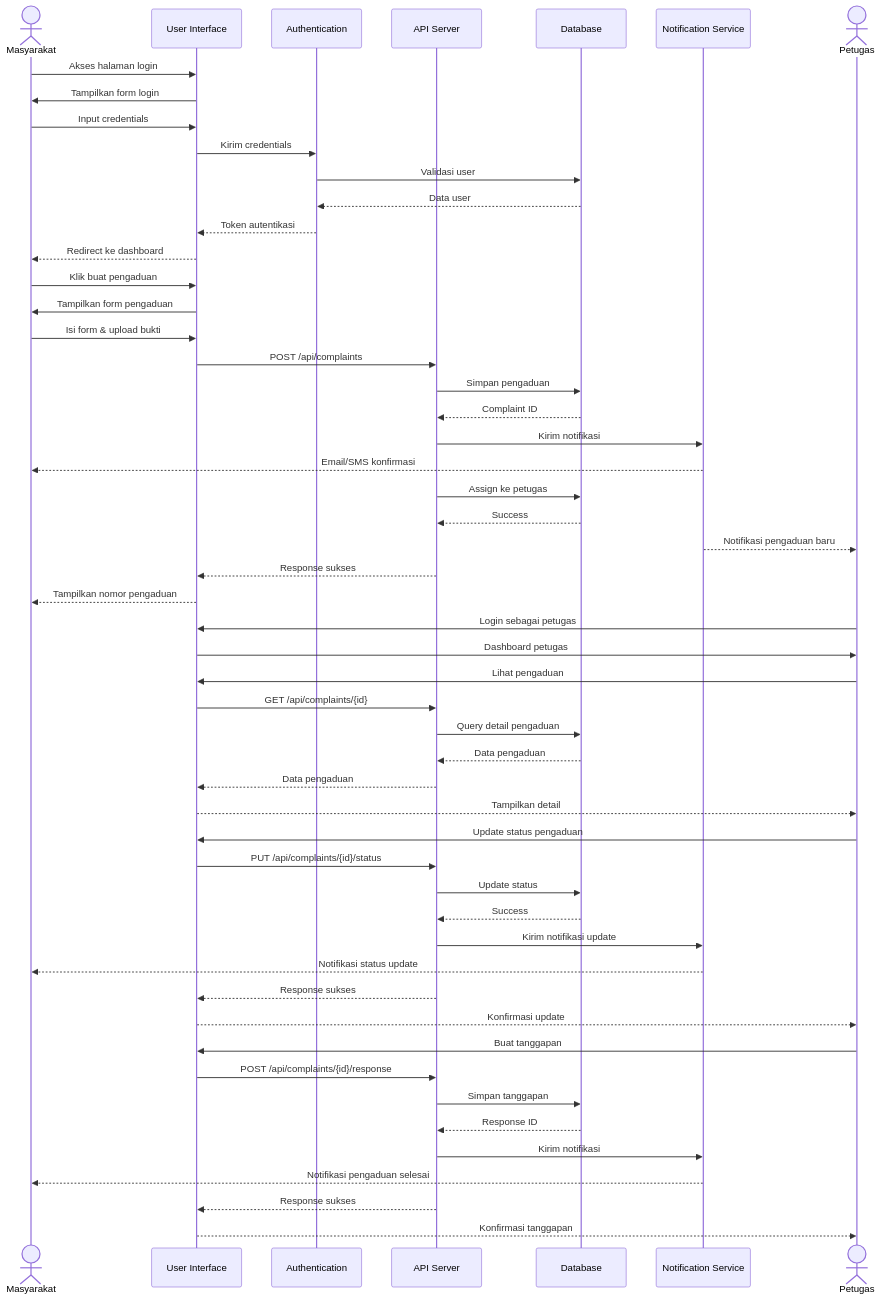
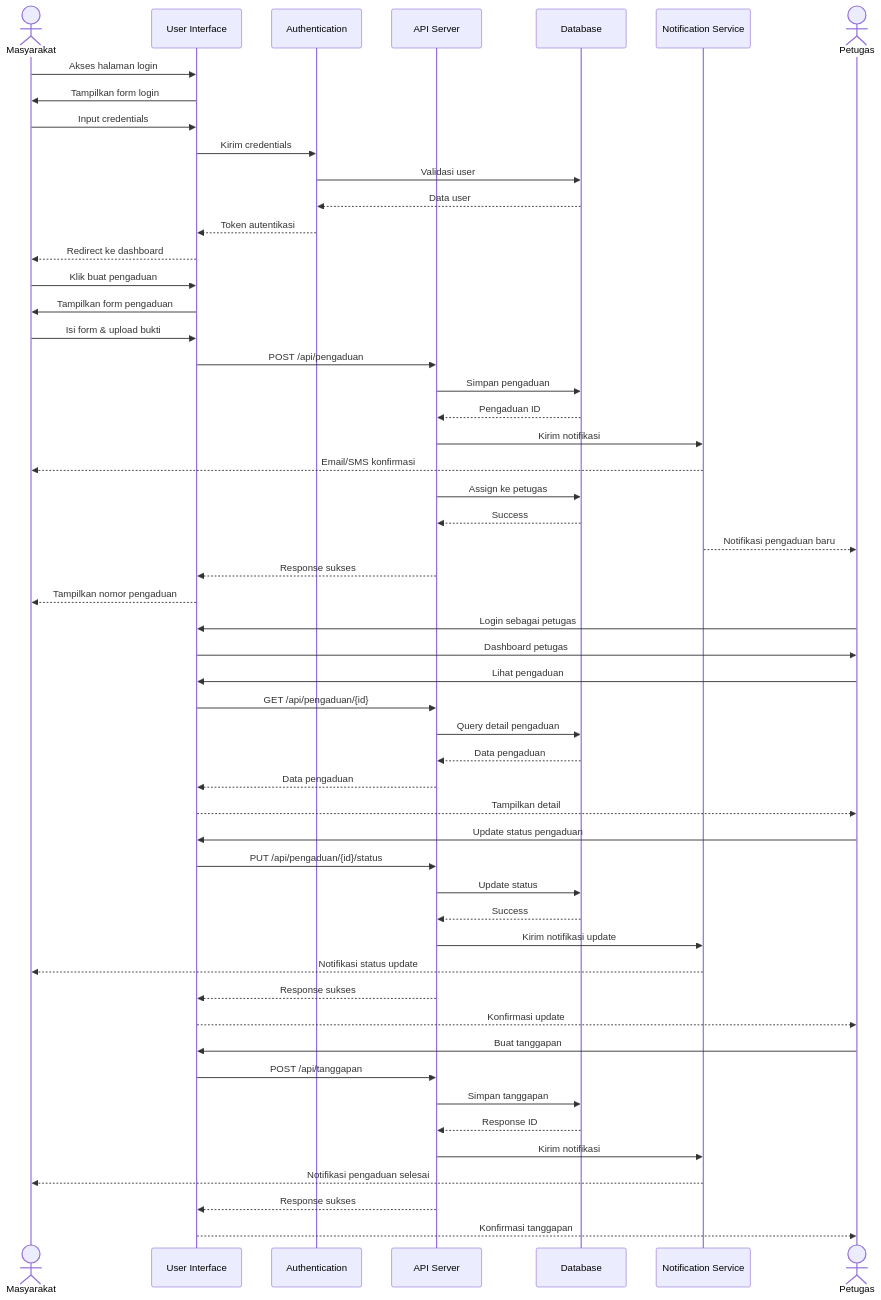
Before and after one commit to irfan-ghzl/CRM: the fifth of 6 diagrams in DIAGRAMS.md, drawn with Mermaid. The commit also changed 1 other file, not shown here.

Commit message:
fix: Perbaiki API endpoint pada jurnal dan dokumentasi diagram

````diff
--- a/DIAGRAMS.md
+++ b/DIAGRAMS.md
@@ -283,60 +283,60 @@
 ```mermaid
 sequenceDiagram
     actor M as Masyarakat
     participant UI as User Interface
     participant Auth as Authentication
     participant API as API Server
     participant DB as Database
     participant Notif as Notification Service
     actor P as Petugas
     
     M->>UI: Akses halaman login
     UI->>M: Tampilkan form login
     M->>UI: Input credentials
     UI->>Auth: Kirim credentials
     Auth->>DB: Validasi user
     DB-->>Auth: Data user
     Auth-->>UI: Token autentikasi
     UI-->>M: Redirect ke dashboard
     
     M->>UI: Klik buat pengaduan
     UI->>M: Tampilkan form pengaduan
     M->>UI: Isi form & upload bukti
-    UI->>API: POST /api/complaints
+    UI->>API: POST /api/pengaduan
     API->>DB: Simpan pengaduan
-    DB-->>API: Complaint ID
+    DB-->>API: Pengaduan ID
     API->>Notif: Kirim notifikasi
     Notif-->>M: Email/SMS konfirmasi
     API->>DB: Assign ke petugas
     DB-->>API: Success
     Notif-->>P: Notifikasi pengaduan baru
     API-->>UI: Response sukses
     UI-->>M: Tampilkan nomor pengaduan
     
     P->>UI: Login sebagai petugas
     UI->>P: Dashboard petugas
     P->>UI: Lihat pengaduan
-    UI->>API: GET /api/complaints/{id}
+    UI->>API: GET /api/pengaduan/{id}
     API->>DB: Query detail pengaduan
     DB-->>API: Data pengaduan
     API-->>UI: Data pengaduan
     UI-->>P: Tampilkan detail
     
     P->>UI: Update status pengaduan
-    UI->>API: PUT /api/complaints/{id}/status
+    UI->>API: PUT /api/pengaduan/{id}/status
     API->>DB: Update status
     DB-->>API: Success
     API->>Notif: Kirim notifikasi update
     Notif-->>M: Notifikasi status update
     API-->>UI: Response sukses
     UI-->>P: Konfirmasi update
     
     P->>UI: Buat tanggapan
-    UI->>API: POST /api/complaints/{id}/response
+    UI->>API: POST /api/tanggapan
     API->>DB: Simpan tanggapan
     DB-->>API: Response ID
     API->>Notif: Kirim notifikasi
     Notif-->>M: Notifikasi pengaduan selesai
     API-->>UI: Response sukses
     UI-->>P: Konfirmasi tanggapan
 ```
````
